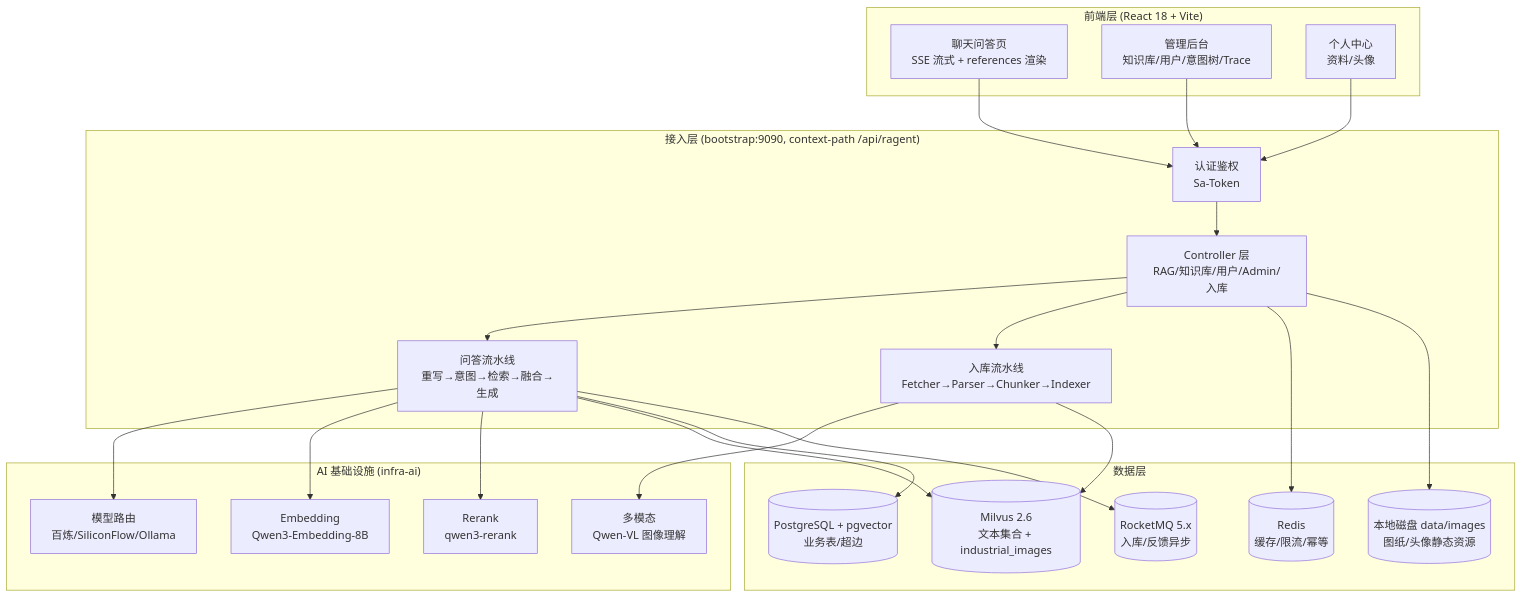
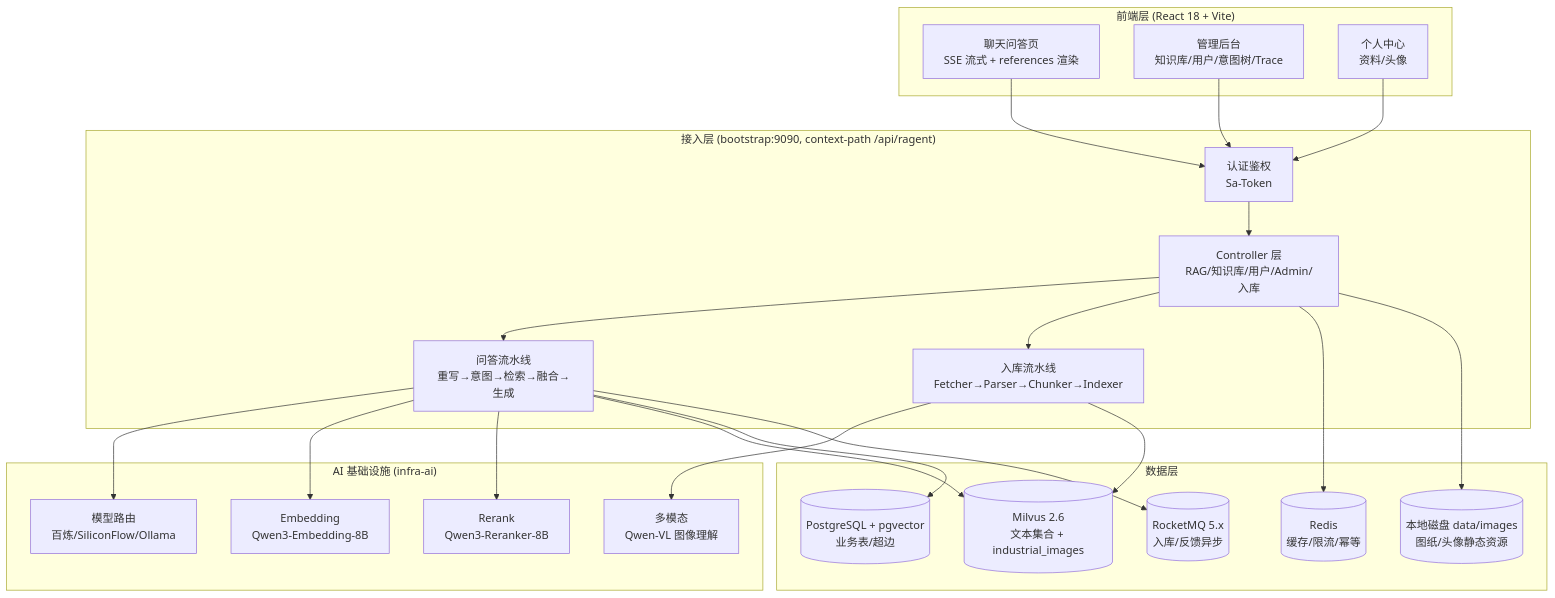
One commit to CF666-666/agent changed the diagram in ragent/docs/architecture.md. Above: the diagram before and after it, drawn with Mermaid. The commit also changed 25 other files, not shown here.

````diff
--- a/ragent/docs/architecture.md
+++ b/ragent/docs/architecture.md
@@ -7,47 +7,47 @@
 ```mermaid
 flowchart TB
     subgraph 前端层["前端层 (React 18 + Vite)"]
         CHAT[聊天问答页<br/>SSE 流式 + references 渲染]
         ADMIN[管理后台<br/>知识库/用户/意图树/Trace]
         PROFILE[个人中心<br/>资料/头像]
     end
 
     subgraph 接入层["接入层 (bootstrap:9090, context-path /api/ragent)"]
         AUTH[认证鉴权<br/>Sa-Token]
         CONTROLLER[Controller 层<br/>RAG/知识库/用户/Admin/入库]
         PIPELINE[入库流水线<br/>Fetcher→Parser→Chunker→Indexer]
         RAG[问答流水线<br/>重写→意图→检索→融合→生成]
     end
 
     subgraph AI基础设施["AI 基础设施 (infra-ai)"]
         ROUTER[模型路由<br/>百炼/SiliconFlow/Ollama]
         EMB[Embedding<br/>Qwen3-Embedding-8B]
-        RERANK[Rerank<br/>qwen3-rerank]
+        RERANK[Rerank<br/>Qwen3-Reranker-8B]
         VL[多模态<br/>Qwen-VL 图像理解]
     end
 
     subgraph 数据层["数据层"]
         PG[(PostgreSQL + pgvector<br/>业务表/超边)]
         MILVUS[(Milvus 2.6<br/>文本集合 + industrial_images)]
         REDIS[(Redis<br/>缓存/限流/幂等)]
         MQ[(RocketMQ 5.x<br/>入库/反馈异步)]
         FS[(本地磁盘 data/images<br/>图纸/头像静态资源)]
     end
 
     CHAT --> AUTH
     ADMIN --> AUTH
     PROFILE --> AUTH
     AUTH --> CONTROLLER
     CONTROLLER --> RAG
     CONTROLLER --> PIPELINE
     RAG --> ROUTER
     RAG --> EMB
     RAG --> RERANK
     PIPELINE --> VL
     RAG --> MILVUS
     RAG --> PG
     PIPELINE --> MILVUS
     RAG --> MQ
     CONTROLLER --> REDIS
     CONTROLLER --> FS
 ```
````
